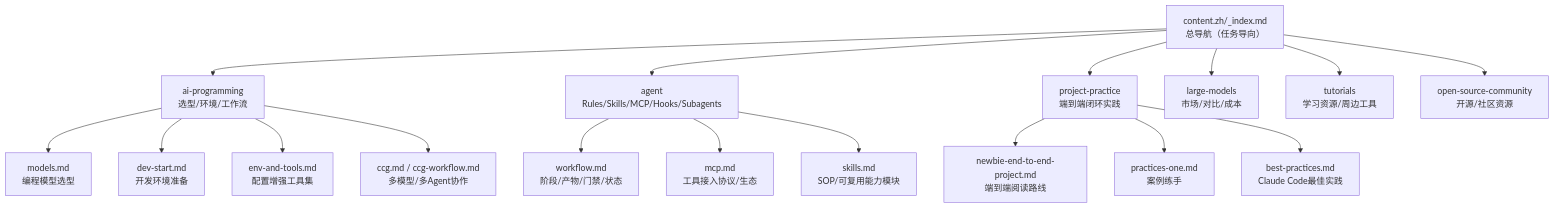
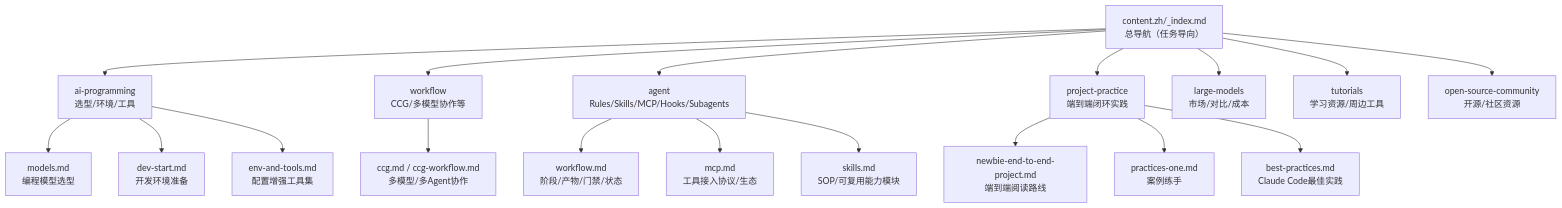
Before and after one commit to rockyflux/ai-guide: the diagram in CLAUDE.md, drawn with Mermaid. The commit also changed other lines of this file and 27 other files, not shown here.

````diff
--- a/CLAUDE.md
+++ b/CLAUDE.md
@@ -51,23 +53,25 @@
 ```mermaid
 flowchart TB
   Root[content.zh/_index.md<br/>总导航（任务导向）]
-  Root --> AP[ai-programming<br/>选型/环境/工作流]
+  Root --> AP[ai-programming<br/>选型/环境/工具]
+  Root --> WF[workflow<br/>CCG/多模型协作等]
   Root --> AG[agent<br/>Rules/Skills/MCP/Hooks/Subagents]
   Root --> PP[project-practice<br/>端到端闭环实践]
   Root --> LM[large-models<br/>市场/对比/成本]
   Root --> TU[tutorials<br/>学习资源/周边工具]
   Root --> OSC[open-source-community<br/>开源/社区资源]
 
   AP --> AP1[models.md<br/>编程模型选型]
   AP --> AP2[dev-start.md<br/>开发环境准备]
   AP --> AP3[env-and-tools.md<br/>配置增强工具集]
-  AP --> AP4[ccg.md / ccg-workflow.md<br/>多模型/多Agent协作]
+
+  WF --> WF1[ccg.md / ccg-workflow.md<br/>多模型/多Agent协作]
 
   AG --> AG1[workflow.md<br/>阶段/产物/门禁/状态]
   AG --> AG2[mcp.md<br/>工具接入协议/生态]
   AG --> AG3[skills.md<br/>SOP/可复用能力模块]
 
   PP --> PP1[newbie-end-to-end-project.md<br/>端到端阅读路线]
   PP --> PP2[practices-one.md<br/>案例练手]
   PP --> PP3[best-practices.md<br/>Claude Code最佳实践]
 ```
````
